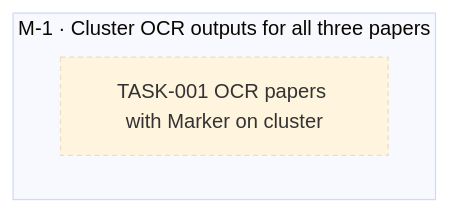
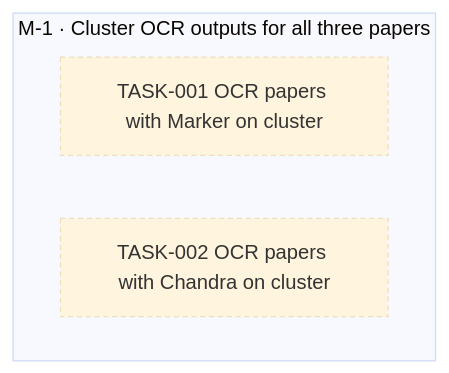
The diagram in goals/ocr-cluster/README.md (jesusvillota/replicate), drawn with Mermaid (base theme) before and after one commit. The commit also changed 1 other file, not shown here.

Commit message:
goal(ocr-cluster): add TASK-002 OCR papers with Chandra on cluster

````diff
--- a/goals/ocr-cluster/README.md
+++ b/goals/ocr-cluster/README.md
@@ -19,10 +19,12 @@
 ```mermaid
 flowchart TD
   subgraph M_1["M-1 · Cluster OCR outputs for all three papers"]
     TASK_001["TASK-001 OCR papers with Marker on cluster"]
+    TASK_002["TASK-002 OCR papers with Chandra on cluster"]
   end
   classDef draft stroke-dasharray: 4 3
   classDef cancelled opacity:0.45
   classDef decision fill:#f3e8ff,stroke:#7c3aed
   class TASK_001 draft
+  class TASK_002 draft
 ```
````
